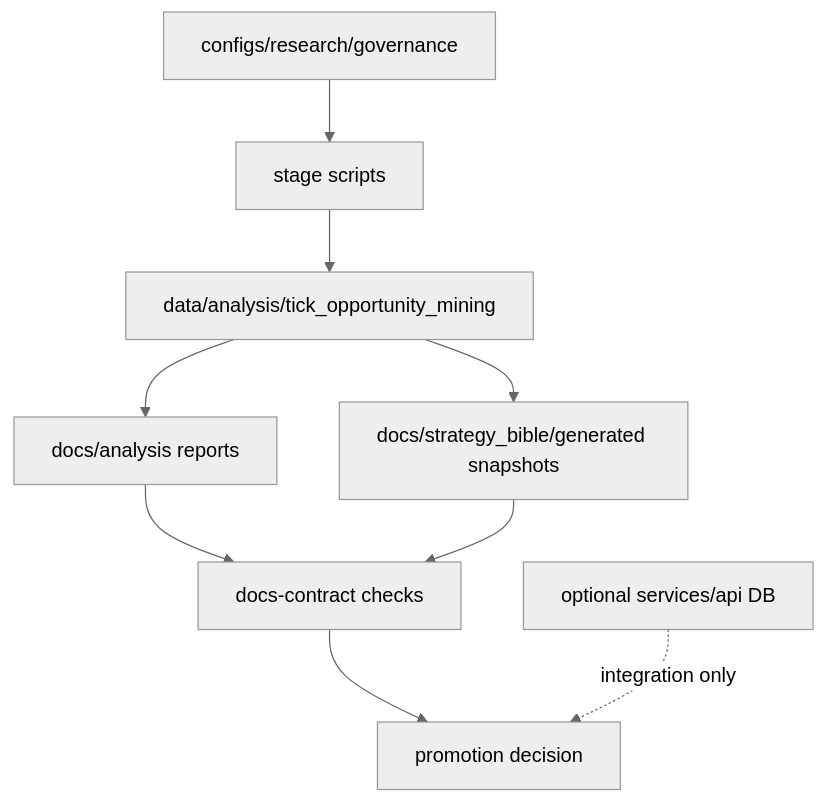
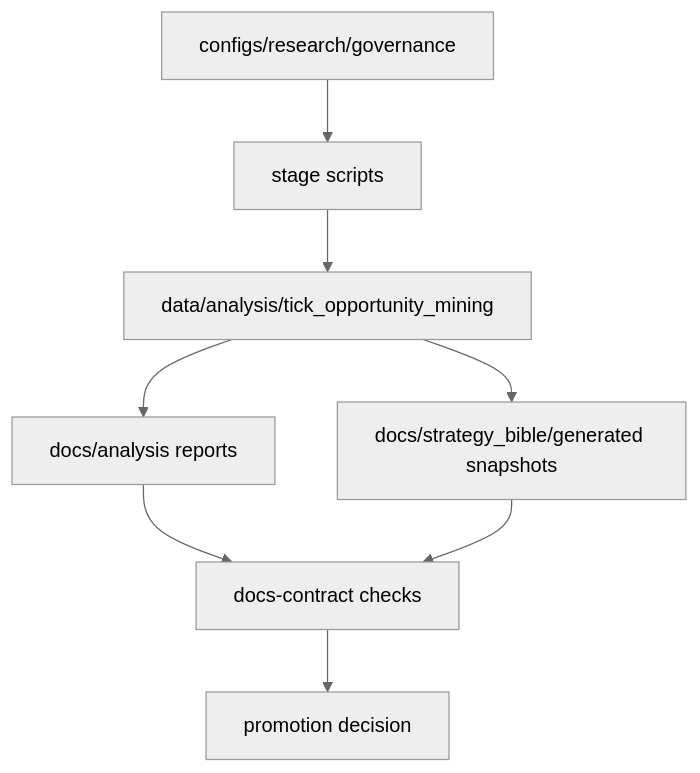
Before and after one commit to jbus84/behemoth: the diagram in docs/db_schema_diagram.md, drawn with Mermaid (neutral theme). The commit also changed other lines of this file and 522 other files, not shown here.

````diff
--- a/docs/db_schema_diagram.md
+++ b/docs/db_schema_diagram.md
@@ -3,12 +3,12 @@
 ```mermaid
 flowchart TD
   A[configs/research/governance] --> B[stage scripts]
   B --> C[data/analysis/tick_opportunity_mining]
   C --> D[docs/analysis reports]
   C --> E[docs/strategy_bible/generated snapshots]
   D --> F[docs-contract checks]
   E --> F
   F --> G[promotion decision]
 
-  H[optional services/api DB] -. integration only .-> G
+
 ```
````
